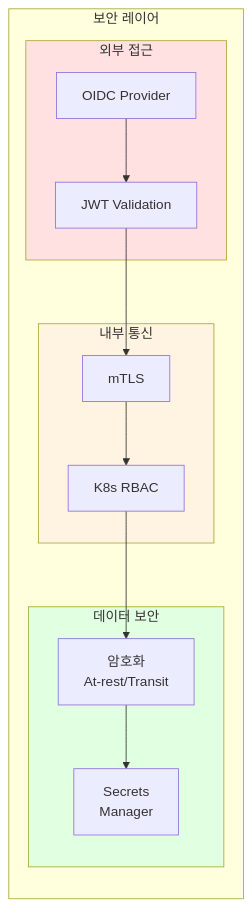
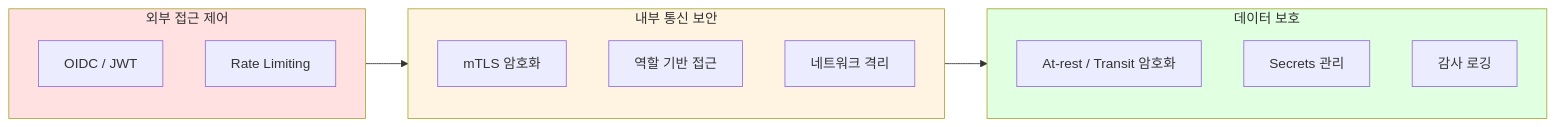
Before and after one commit to devfloor9/engineering-playbook: the fourth of 5 diagrams in docs/agentic-ai-platform/design-architecture/agentic-platform-architecture.md, drawn with Mermaid. The commit also changed other lines of this file, not shown here.

````diff
--- a/docs/agentic-ai-platform/design-architecture/agentic-platform-architecture.md
+++ b/docs/agentic-ai-platform/design-architecture/agentic-platform-architecture.md
@@ -423,29 +255,25 @@
 ```mermaid
 flowchart LR
-    subgraph Security["보안 레이어"]
-        subgraph External["외부 접근"]
-            OIDC["OIDC Provider"]
-            JWT["JWT Validation"]
-        end
-
-        subgraph Internal["내부 통신"]
-            MTLS["mTLS"]
-            RBAC["K8s RBAC"]
-        end
-
-        subgraph Data["데이터 보안"]
-            ENCRYPT["암호화<br/>At-rest/Transit"]
-            SECRETS["Secrets<br/>Manager"]
-        end
+    subgraph L1["외부 접근 제어"]
+        OIDC["OIDC / JWT"]
+        RATE["Rate Limiting"]
     end
 
-    OIDC --> JWT
-    JWT --> MTLS
-    MTLS --> RBAC
-    RBAC --> ENCRYPT
-    ENCRYPT --> SECRETS
+    subgraph L2["내부 통신 보안"]
+        MTLS["mTLS 암호화"]
+        RBAC["역할 기반 접근"]
+        NETPOL["네트워크 격리"]
+    end
 
-    style External fill:#ffe1e1
-    style Internal fill:#fff4e1
-    style Data fill:#e1ffe1
+    subgraph L3["데이터 보호"]
+        ENCRYPT["At-rest / Transit 암호화"]
+        SECRETS["Secrets 관리"]
+        AUDIT["감사 로깅"]
+    end
+
+    L1 --> L2 --> L3
+
+    style L1 fill:#ffe1e1
+    style L2 fill:#fff4e1
+    style L3 fill:#e1ffe1
 ```
````
